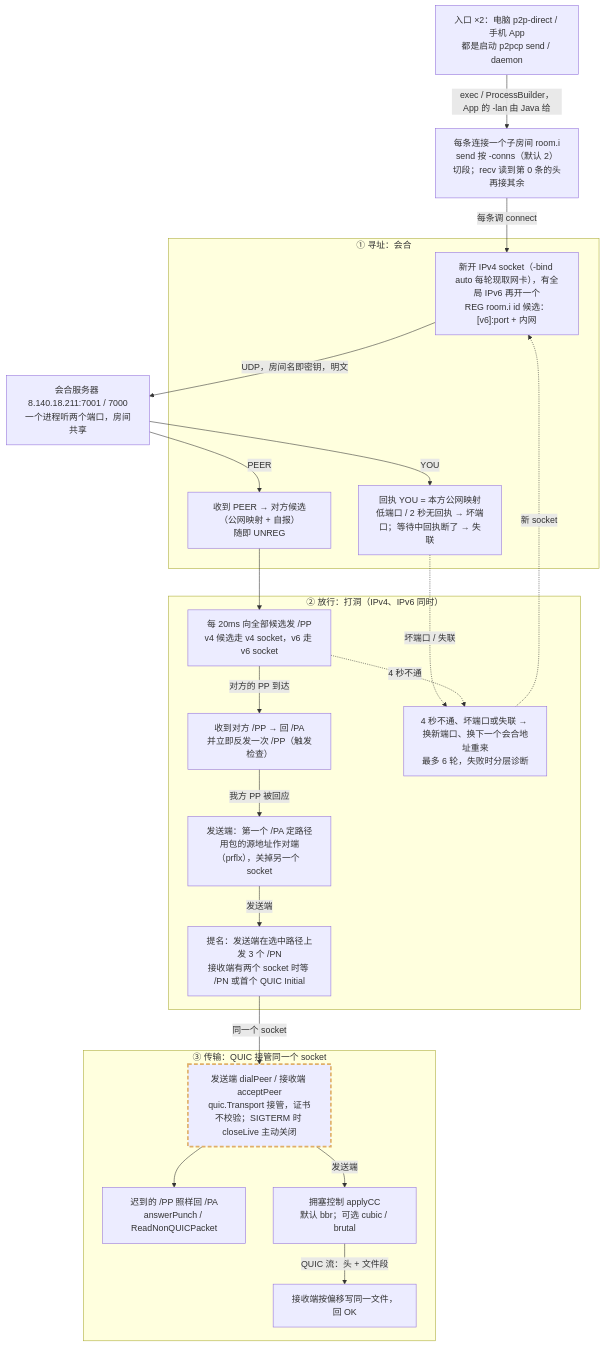
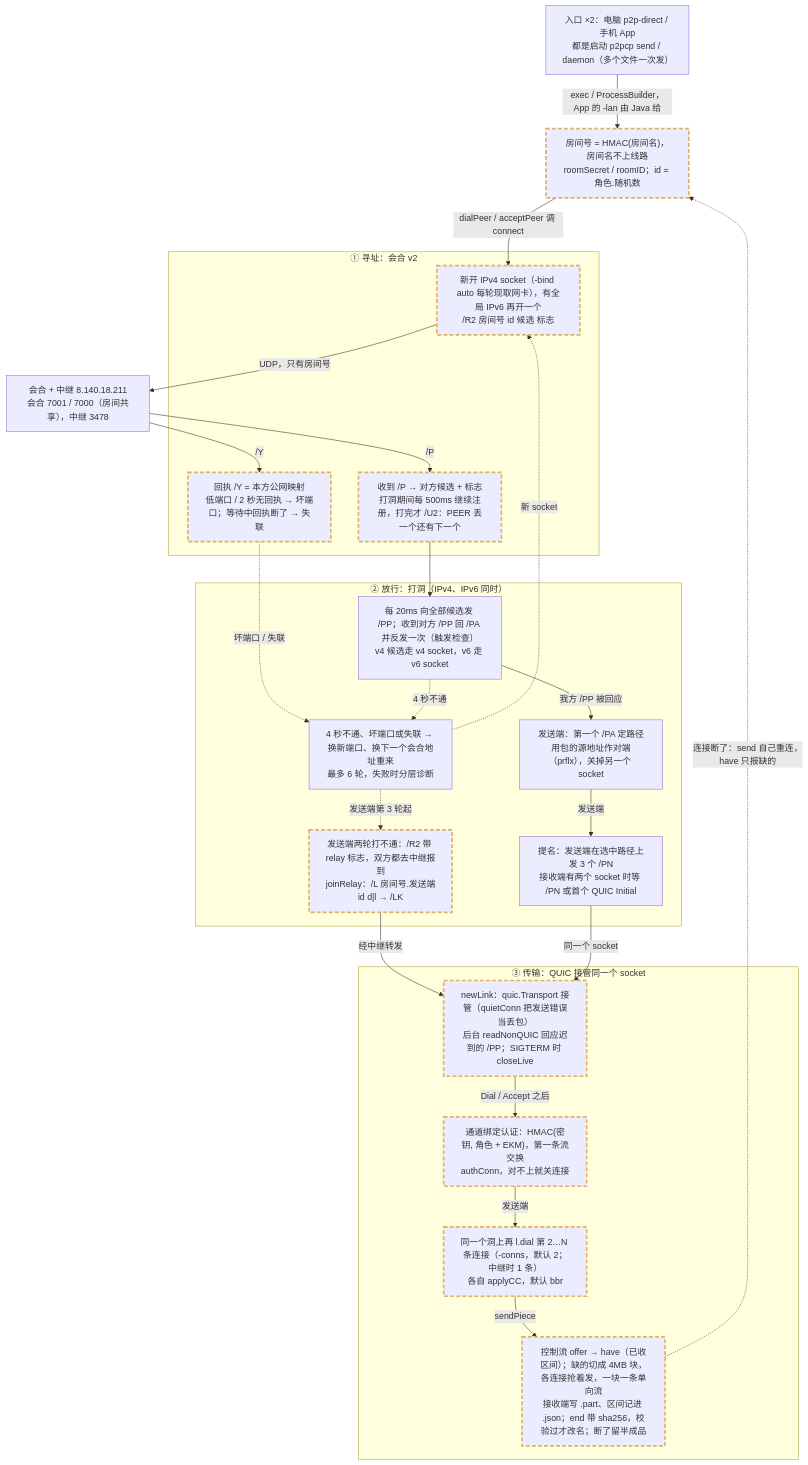
Before and after one commit to numb747/uu-remote-study: the diagram in docs/arch/24-flow-p2pcp.mmd, drawn with Mermaid. The commit also changed 8 other files, not shown here.

First line of the commit message:
架构地图：p2pcp v2（认证、单洞多连接、中继、续传、连接迁移）

```diff
--- a/docs/arch/24-flow-p2pcp.mmd
+++ b/docs/arch/24-flow-p2pcp.mmd
@@ -1,58 +1,60 @@
 flowchart TD
-  entry["入口 ×2：电脑 p2p-direct / 手机 App<br/>都是启动 p2pcp send / daemon"]
-  rooms["每条连接一个子房间 room.i<br/>send 按 -conns（默认 2）切段；recv 读到第 0 条的头再接其余"]
-  rdv["会合服务器 8.140.18.211:7001 / 7000<br/>一个进程听两个端口，房间共享"]
+  entry["入口 ×2：电脑 p2p-direct / 手机 App<br/>都是启动 p2pcp send / daemon（多个文件一次发）"]
+  rid["房间号 = HMAC(房间名)，房间名不上线路<br/>roomSecret / roomID；id = 角色.随机数"]:::changed
+  rdv["会合 + 中继 8.140.18.211<br/>会合 7001 / 7000（房间共享），中继 3478"]
 
-  subgraph addr["① 寻址：会合"]
-    reg["新开 IPv4 socket（-bind auto 每轮现取网卡），有全局 IPv6 再开一个<br/>REG room.i id 候选：[v6]:port + 内网"]
-    you["回执 YOU = 本方公网映射<br/>低端口 / 2 秒无回执 → 坏端口；等待中回执断了 → 失联"]
-    peer["收到 PEER → 对方候选（公网映射 + 自报）<br/>随即 UNREG"]
+  subgraph addr["① 寻址：会合 v2"]
+    reg["新开 IPv4 socket（-bind auto 每轮现取网卡），有全局 IPv6 再开一个<br/>/R2 房间号 id 候选 标志"]:::changed
+    you["回执 /Y = 本方公网映射<br/>低端口 / 2 秒无回执 → 坏端口；等待中回执断了 → 失联"]:::changed
+    peer["收到 /P → 对方候选 + 标志<br/>打洞期间每 500ms 继续注册，打完才 /U2：PEER 丢一个还有下一个"]:::changed
   end
   subgraph pass["② 放行：打洞（IPv4、IPv6 同时）"]
-    punch["每 20ms 向全部候选发 /PP<br/>v4 候选走 v4 socket，v6 走 v6 socket"]
-    trig["收到对方 /PP → 回 /PA<br/>并立即反发一次 /PP（触发检查）"]
+    punch["每 20ms 向全部候选发 /PP；收到对方 /PP 回 /PA 并反发一次（触发检查）<br/>v4 候选走 v4 socket，v6 走 v6 socket"]
     chosen["发送端：第一个 /PA 定路径<br/>用包的源地址作对端（prflx），关掉另一个 socket"]
     nom["提名：发送端在选中路径上发 3 个 /PN<br/>接收端有两个 socket 时等 /PN 或首个 QUIC Initial"]
     retry["4 秒不通、坏端口或失联 → 换新端口、换下一个会合地址重来<br/>最多 6 轮，失败时分层诊断"]
+    relay["发送端两轮打不通：/R2 带 relay 标志，双方都去中继报到<br/>joinRelay：/L 房间号.发送端id d|l → /LK"]:::changed
   end
   subgraph data["③ 传输：QUIC 接管同一个 socket"]
-    quic["发送端 dialPeer / 接收端 acceptPeer<br/>quic.Transport 接管，证书不校验；SIGTERM 时 closeLive 主动关闭"]:::changed
-    late["迟到的 /PP 照样回 /PA<br/>answerPunch / ReadNonQUICPacket"]
-    cc["拥塞控制 applyCC<br/>默认 bbr；可选 cubic / brutal"]
-    write["接收端按偏移写同一文件，回 OK"]
+    quic["newLink：quic.Transport 接管（quietConn 把发送错误当丢包）<br/>后台 readNonQUIC 回应迟到的 /PP；SIGTERM 时 closeLive"]:::changed
+    auth["通道绑定认证：HMAC(密钥, 角色 + EKM)，第一条流交换<br/>authConn，对不上就关连接"]:::changed
+    conns["同一个洞上再 l.dial 第 2…N 条连接（-conns，默认 2；中继时 1 条）<br/>各自 applyCC，默认 bbr"]:::changed
+    pieces["控制流 offer → have（已收区间）；缺的切成 4MB 块，各连接抢着发，一块一条单向流<br/>接收端写 .part、区间记进 .json；end 带 sha256，校验过才改名；断了留半成品"]:::changed
   end
 
-  entry -->|"exec / ProcessBuilder，App 的 -lan 由 Java 给"| rooms
-  rooms -->|"每条调 connect"| reg
-  reg -->|"UDP，房间名即密钥，明文"| rdv
-  rdv -->|YOU| you
-  rdv -->|PEER| peer
+  entry -->|"exec / ProcessBuilder，App 的 -lan 由 Java 给"| rid
+  rid -->|"dialPeer / acceptPeer 调 connect"| reg
+  reg -->|"UDP，只有房间号"| rdv
+  rdv -->|"/Y"| you
+  rdv -->|"/P"| peer
   you -.->|"坏端口 / 失联"| retry
   peer --> punch
-  punch -->|"对方的 PP 到达"| trig
-  trig -->|"我方 PP 被回应"| chosen
+  punch -->|"我方 /PP 被回应"| chosen
   chosen -->|"发送端"| nom
   punch -.->|"4 秒不通"| retry
   retry -.->|"新 socket"| reg
+  retry -.->|"发送端第 3 轮起"| relay
+  relay -->|"经中继转发"| quic
   nom -->|"同一个 socket"| quic
-  quic --> late
-  quic -->|"发送端"| cc
-  cc -->|"QUIC 流：头 + 文件段"| write
+  quic -->|"Dial / Accept 之后"| auth
+  auth -->|"发送端"| conns
+  conns -->|"sendPiece"| pieces
+  pieces -.->|"连接断了：send 自己重连，have 只报缺的"| rid
 
 %% @src entry apps/pc/p2p-direct case ${1:-} in
-%% @src rooms lab/p2pcp/transfer.go func roomOf
+%% @src rid lab/p2pcp/auth.go func roomID(
 %% @src rdv lab/punch/main.go func runServer
-%% @src reg lab/p2pcp/main.go cands = c6.LocalAddr().String() + "," + cands
-%% @src you lab/p2pcp/main.go if len(f) == 2 && f[0] == "YOU" {
-%% @src peer lab/p2pcp/main.go // 拿到地址就注销
-%% @src punch lab/p2pcp/main.go via.WriteToUDP(pktPunch, a)
-%% @src trig lab/p2pcp/main.go case msgPunch:
-%% @src chosen lab/p2pcp/main.go choose := func(c *net.UDPConn, from *net.UDPAddr)
-%% @src nom lab/p2pcp/main.go chosenOn.WriteToUDP(pktNom, chosen)
-%% @src retry lab/p2pcp/main.go const attempts = 6
-%% @src quic lab/p2pcp/transfer.go func dialPeer
-%% @src late lab/p2pcp/transfer.go func answerPunch
-%% @src cc lab/p2pcp/cc.go func applyCC
-%% @src write lab/p2pcp/transfer.go w := io.NewOffsetWriter(out, int64(h.off))
+%% @src reg lab/p2pcp/rdv.go reg := fmt.Sprintf("/R2
+%% @src you lab/p2pcp/rdv.go f[0] == "/Y"
+%% @src peer lab/p2pcp/rdv.go // 打洞期间继续每 500ms 注册一次
+%% @src punch lab/p2pcp/rdv.go via.WriteToUDP(pktPunch, a)
+%% @src chosen lab/p2pcp/rdv.go choose := func(c *net.UDPConn
+%% @src nom lab/p2pcp/rdv.go chosenOn.WriteToUDP(pktNom, chosen)
+%% @src retry lab/p2pcp/rdv.go const attempts = 6
+%% @src relay lab/p2pcp/rdv.go func joinRelay(
+%% @src quic lab/p2pcp/link.go func newLink(
+%% @src auth lab/p2pcp/auth.go func authConn(
+%% @src conns lab/p2pcp/transfer.go c, err := l.dial()
+%% @src pieces lab/p2pcp/transfer.go func recvFile(
 %% @link entry 31-p2p-direct.mmd
 classDef changed stroke:#e0af68,stroke-width:3px,stroke-dasharray:7 4
```
